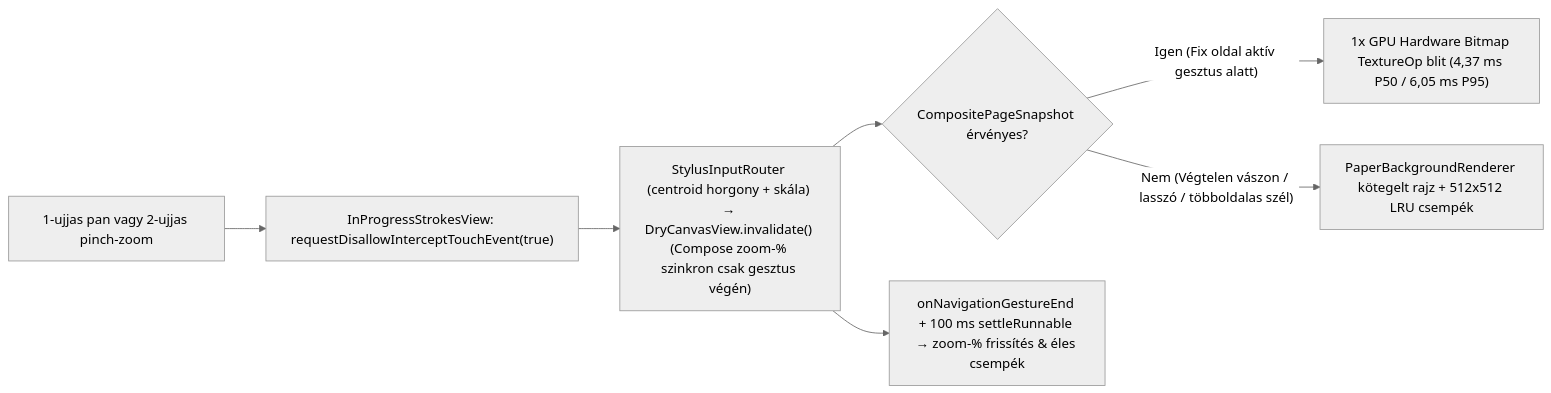
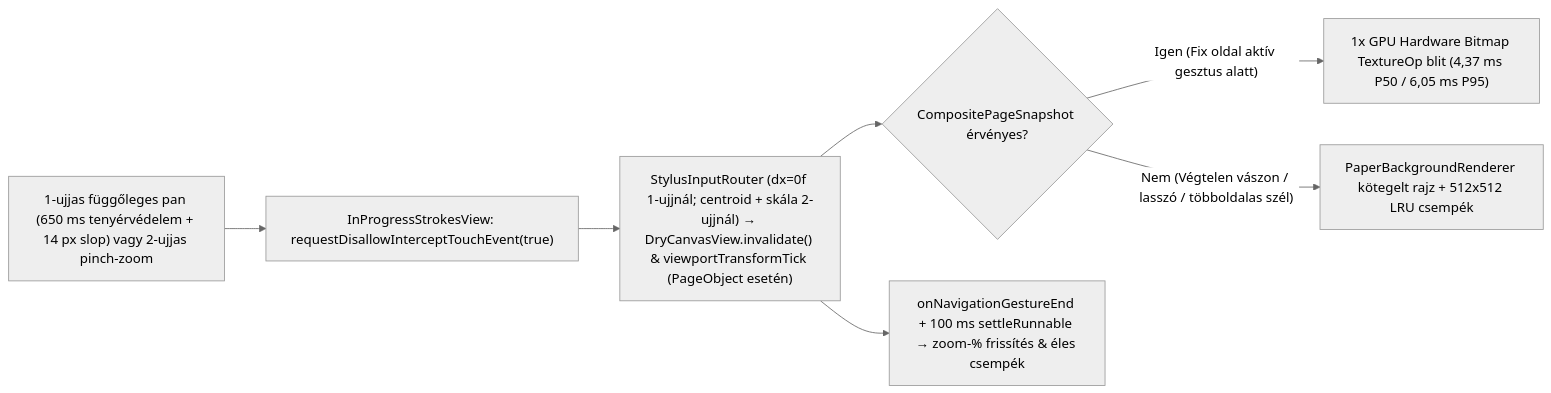
The fourth of 7 diagrams in docs/user_journeys.md (Fruktoz0/Stylusnote), drawn with Mermaid (neutral theme) before and after one commit. The commit also changed other lines of this file and 17 other files, not shown here.

````diff
--- a/docs/user_journeys.md
+++ b/docs/user_journeys.md
@@ -77,9 +77,9 @@
 ```mermaid
 flowchart LR
-    A["1-ujjas pan vagy 2-ujjas pinch-zoom"] --> B["InProgressStrokesView: requestDisallowInterceptTouchEvent(true)"]
-    B --> C["StylusInputRouter (centroid horgony + skála) → DryCanvasView.invalidate() (Compose zoom-% szinkron csak gesztus végén)"]
+    A["1-ujjas függőleges pan (650 ms tenyérvédelem + 14 px slop) vagy 2-ujjas pinch-zoom"] --> B["InProgressStrokesView: requestDisallowInterceptTouchEvent(true)"]
+    B --> C["StylusInputRouter (dx=0f 1-ujjnál; centroid + skála 2-ujjnál) → DryCanvasView.invalidate() & viewportTransformTick (PageObject esetén)"]
     C --> E{"CompositePageSnapshot érvényes?"}
     E -- Igen (Fix oldal aktív gesztus alatt) --> F["1x GPU Hardware Bitmap TextureOp blit (4,37 ms P50 / 6,05 ms P95)"]
     E -- Nem (Végtelen vászon / lasszó / többoldalas szél) --> G["PaperBackgroundRenderer kötegelt rajz + 512x512 LRU csempék"]
     C --> H["onNavigationGestureEnd + 100 ms settleRunnable → zoom-% frissítés & éles csempék"]
 ```
````
